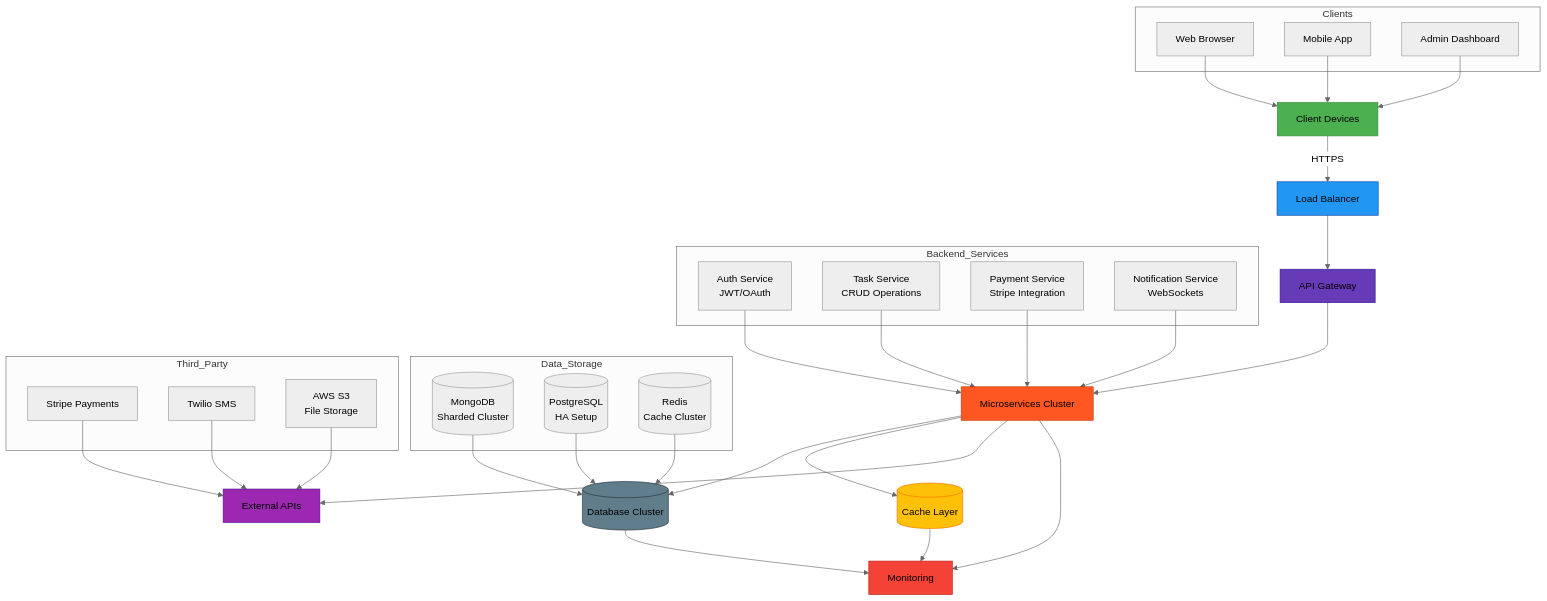
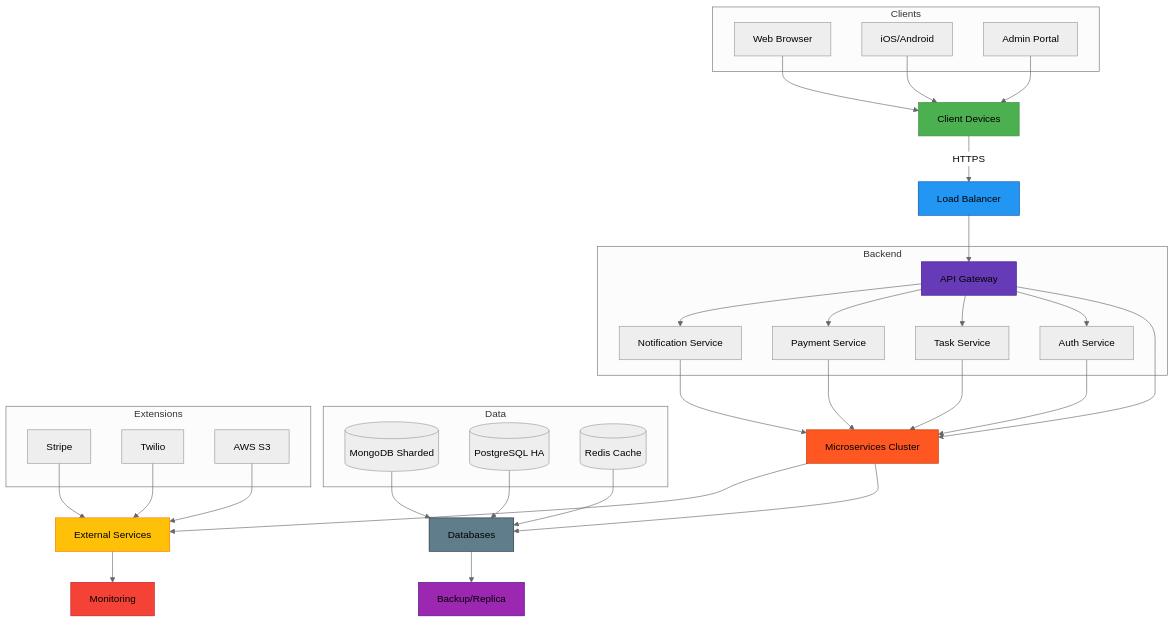
The diagram in README.md (HIMU005/software-engineering-project), drawn with Mermaid (neutral theme) before and after one commit. The commit also changed other lines of this file, not shown here.

````diff
--- a/README.md
+++ b/README.md
@@ -164,63 +166,62 @@
 ```mermaid
 flowchart TD
     %% Client Layer
     A[Client Devices] -->|HTTPS| B[Load Balancer]
 
     %% API Layer
     B --> C[API Gateway]
 
     %% Service Layer
     C --> D[Microservices Cluster]
 
     %% Data Layer
-    D --> E[(Database Cluster)]
-    D --> F[(Cache Layer)]
-    D --> G[External APIs]
+    D --> E[Databases]
+    D --> F[External Services]
 
-    %% Monitoring
-    D --> H[Monitoring]
-    E --> H
-    F --> H
+    %% Replication/Monitoring
+    E --> G[Backup/Replica]
+    F --> H[Monitoring]
 
     %% Subgraphs for clarity
     subgraph Clients
         A1[Web Browser]
-        A2[Mobile App]
-        A3[Admin Dashboard]
+        A2[iOS/Android]
+        A3[Admin Portal]
     end
 
-    subgraph Backend_Services
-        D1[Auth Service\nJWT/OAuth]
-        D2[Task Service\nCRUD Operations]
-        D3[Payment Service\nStripe Integration]
-        D4[Notification Service\nWebSockets]
+    subgraph Backend
+        C --> D1[Auth Service]
+        C --> D2[Task Service]
+        C --> D3[Payment Service]
+        C --> D4[Notification Service]
     end
 
-    subgraph Data_Storage
-        E1[(MongoDB\nSharded Cluster)]
-        E2[(PostgreSQL\nHA Setup)]
-        E3[(Redis\nCache Cluster)]
+    subgraph Data
+        E1[(MongoDB Sharded)]
+        E2[(PostgreSQL HA)]
+        E3[(Redis Cache)]
     end
 
-    subgraph Third_Party
-        G1[Stripe Payments]
-        G2[Twilio SMS]
-        G3[AWS S3\nFile Storage]
+    subgraph Extensions
+        F1[Stripe]
+        F2[Twilio]
+        F3[AWS S3]
     end
 
     %% Connections
     A1 & A2 & A3 --> A
     D1 & D2 & D3 & D4 --> D
     E1 & E2 & E3 --> E
-    G1 & G2 & G3 --> G
+    F1 & F2 & F3 --> F
 
     %% Styling
     style A fill:#4CAF50,stroke:#388E3C
     style B fill:#2196F3,stroke:#0D47A1
     style C fill:#673AB7,stroke:#311B92
     style D fill:#FF5722,stroke:#BF360C
     style E fill:#607D8B,stroke:#263238
     style F fill:#FFC107,stroke:#FF6F00
     style G fill:#9C27B0,stroke:#4A148C
     style H fill:#F44336,stroke:#B71C1C
+
 ```
````
